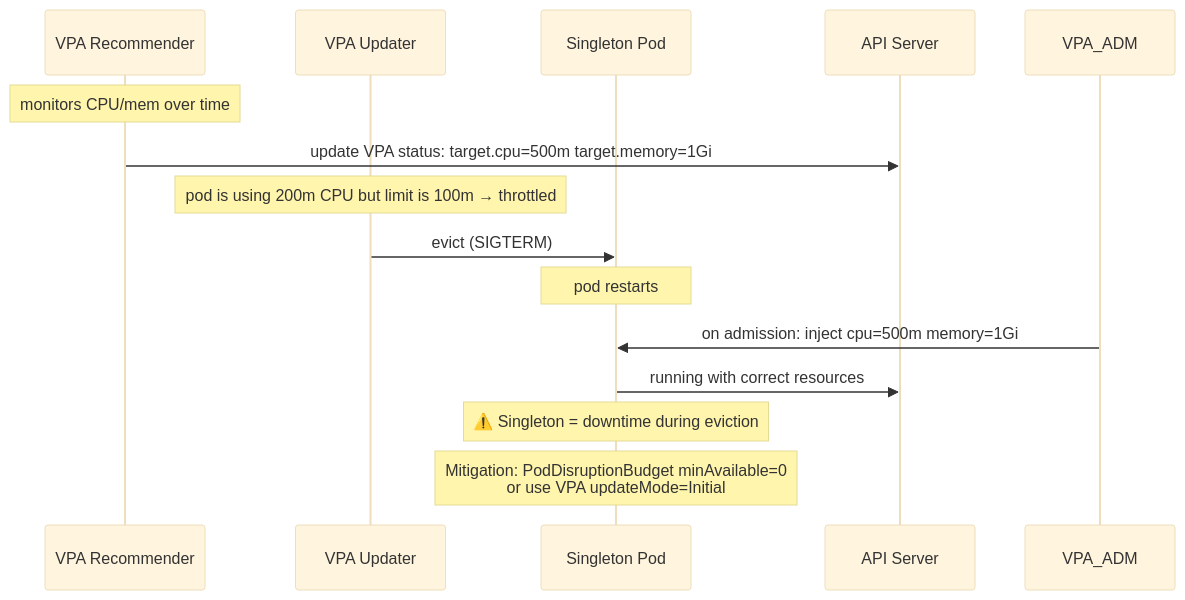
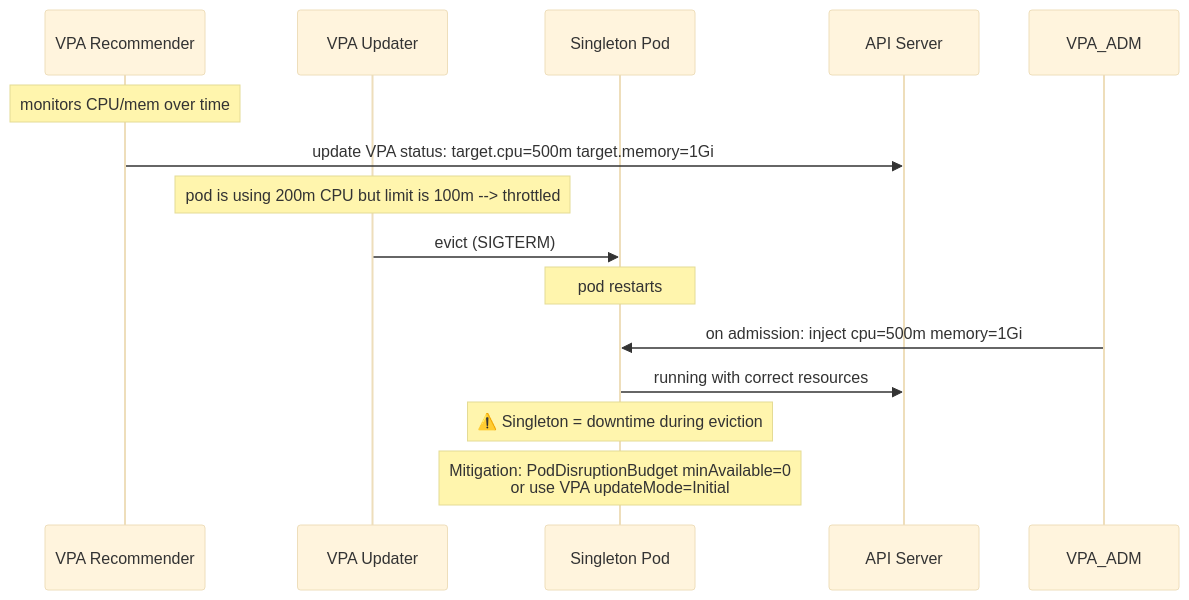
One commit to deepanshu-rawat6/tour-of-go changed the fourth of 4 diagrams in devops/kubernetes/hpa-vpa-internals.md. Above: the diagram before and after it, drawn with Mermaid (base theme). The commit also changed other lines of this file and 25 other files, not shown here.

````diff
--- a/devops/kubernetes/hpa-vpa-internals.md
+++ b/devops/kubernetes/hpa-vpa-internals.md
@@ -200,19 +200,19 @@
 ```mermaid
 sequenceDiagram
     participant VPA_R as VPA Recommender
     participant VPA_U as VPA Updater
     participant POD as Singleton Pod
     participant API as API Server
 
     Note over VPA_R: monitors CPU/mem over time
     VPA_R->>API: update VPA status: target.cpu=500m target.memory=1Gi
 
-    Note over VPA_U: pod is using 200m CPU but limit is 100m → throttled
+    Note over VPA_U: pod is using 200m CPU but limit is 100m --> throttled
     VPA_U->>POD: evict (SIGTERM)
     Note over POD: pod restarts
     VPA_ADM->>POD: on admission: inject cpu=500m memory=1Gi
     POD->>API: running with correct resources
 
     Note over POD: ⚠️ Singleton = downtime during eviction
     Note over POD: Mitigation: PodDisruptionBudget minAvailable=0<br>or use VPA updateMode=Initial
 ```
````
